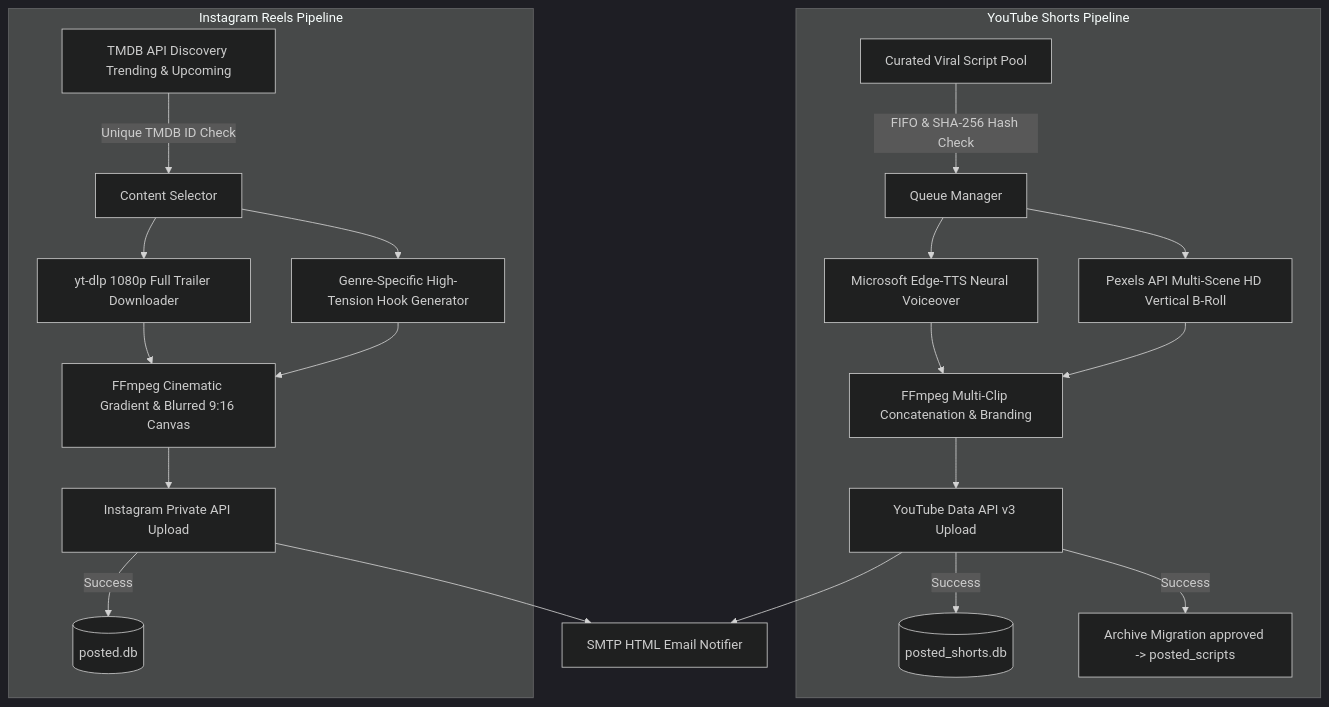
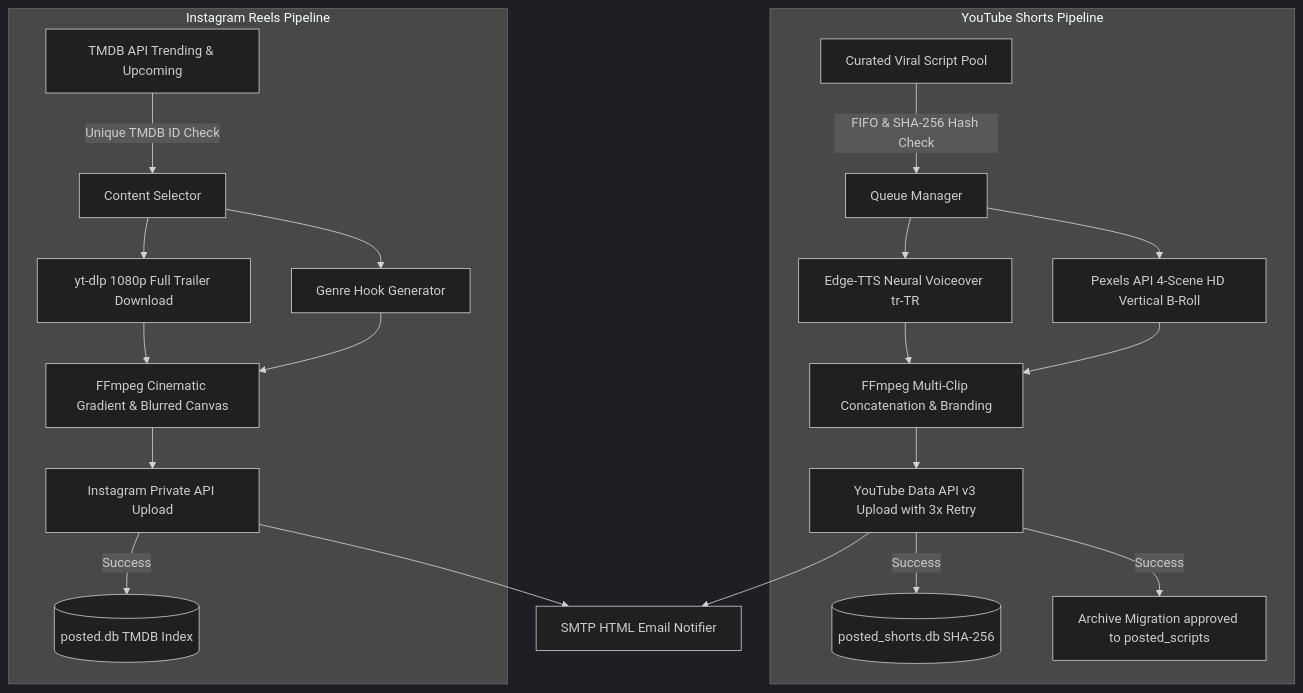
The diagram in README.md (beratcemzengin/auto-viral-media-engine), drawn with Mermaid (dark theme) before and after one commit. The commit also changed other lines of this file and 1 other file, not shown here.

````diff
--- a/README.md
+++ b/README.md
@@ -145,23 +220,23 @@
 ```mermaid
 graph TD
     subgraph YouTube Shorts Pipeline
         A1[Curated Viral Script Pool] -->|FIFO & SHA-256 Hash Check| B1[Queue Manager]
-        B1 --> C1[Microsoft Edge-TTS Neural Voiceover]
-        B1 --> D1[Pexels API Multi-Scene HD Vertical B-Roll]
+        B1 --> C1[Edge-TTS Neural Voiceover tr-TR]
+        B1 --> D1[Pexels API 4-Scene HD Vertical B-Roll]
         C1 & D1 --> E1[FFmpeg Multi-Clip Concatenation & Branding]
-        E1 --> F1[YouTube Data API v3 Upload]
-        F1 -->|Success| G1[(posted_shorts.db)]
-        F1 -->|Success| H1[Archive Migration approved -> posted_scripts]
+        E1 --> F1[YouTube Data API v3 Upload with 3x Retry]
+        F1 -->|Success| G1[(posted_shorts.db SHA-256)]
+        F1 -->|Success| H1[Archive Migration approved to posted_scripts]
     end
 
     subgraph Instagram Reels Pipeline
-        A2[TMDB API Discovery Trending & Upcoming] -->|Unique TMDB ID Check| B2[Content Selector]
-        B2 --> C2[yt-dlp 1080p Full Trailer Downloader]
-        B2 --> D2[Genre-Specific High-Tension Hook Generator]
-        C2 & D2 --> E2[FFmpeg Cinematic Gradient & Blurred 9:16 Canvas]
+        A2[TMDB API Trending & Upcoming] -->|Unique TMDB ID Check| B2[Content Selector]
+        B2 --> C2[yt-dlp 1080p Full Trailer Download]
+        B2 --> D2[Genre Hook Generator]
+        C2 & D2 --> E2[FFmpeg Cinematic Gradient & Blurred Canvas]
         E2 --> F2[Instagram Private API Upload]
-        F2 -->|Success| G2[(posted.db)]
+        F2 -->|Success| G2[(posted.db TMDB Index)]
     end
 
     F1 & F2 --> Z[SMTP HTML Email Notifier]
 ```
````
